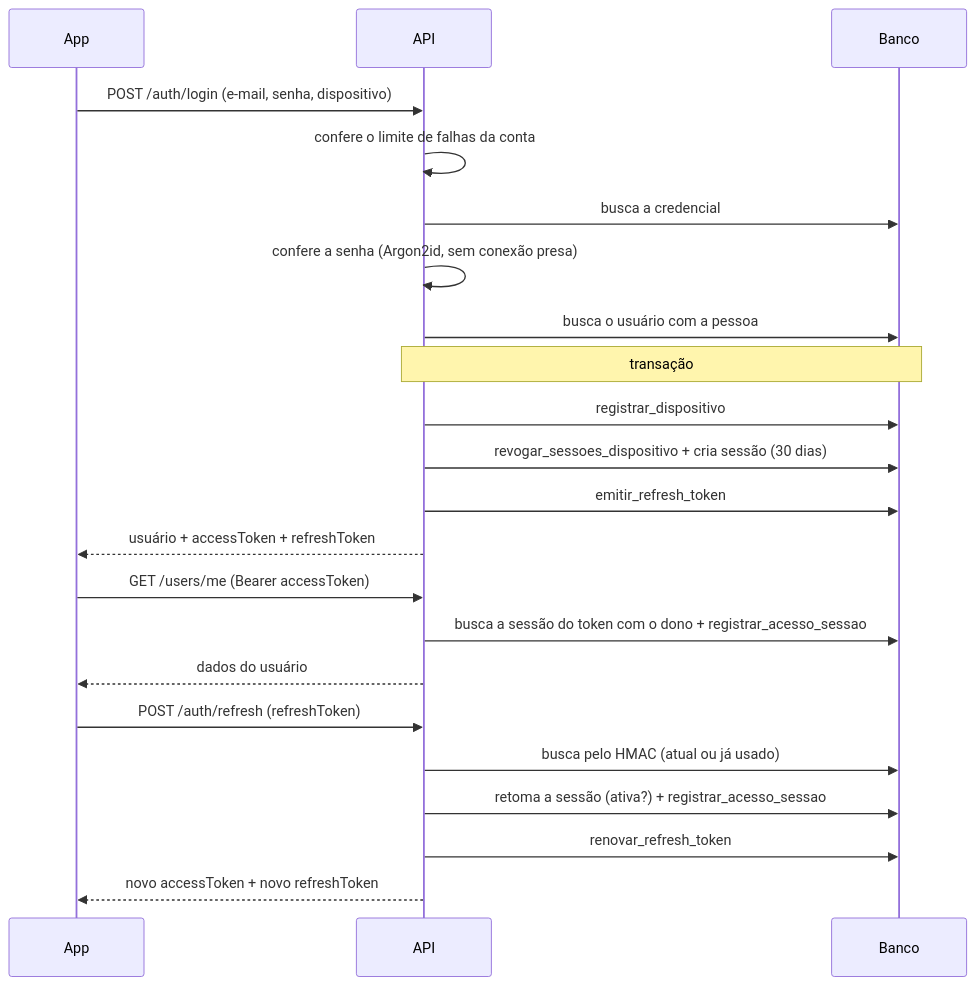
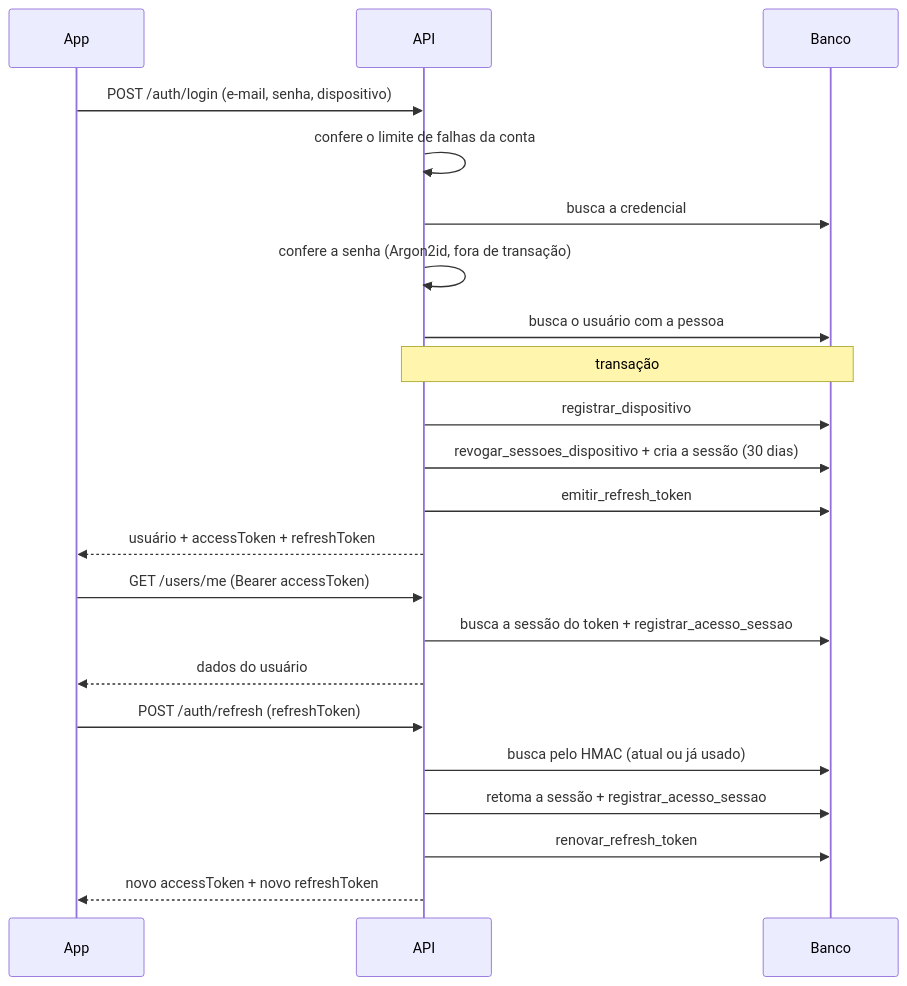
The diagram in README.md (joaobotoni/vsr), drawn with Mermaid before and after one commit. The commit also changed other lines of this file and 91 other files, not shown here.

````diff
--- a/README.md
+++ b/README.md
@@ -181,27 +174,27 @@
 ```mermaid
 sequenceDiagram
     participant App
     participant API
     participant Banco
 
     App->>API: POST /auth/login (e-mail, senha, dispositivo)
     API->>API: confere o limite de falhas da conta
     API->>Banco: busca a credencial
-    API->>API: confere a senha (Argon2id, sem conexão presa)
+    API->>API: confere a senha (Argon2id, fora de transação)
     API->>Banco: busca o usuário com a pessoa
     Note over API,Banco: transação
     API->>Banco: registrar_dispositivo
-    API->>Banco: revogar_sessoes_dispositivo + cria sessão (30 dias)
+    API->>Banco: revogar_sessoes_dispositivo + cria a sessão (30 dias)
     API->>Banco: emitir_refresh_token
     API-->>App: usuário + accessToken + refreshToken
 
     App->>API: GET /users/me (Bearer accessToken)
-    API->>Banco: busca a sessão do token com o dono + registrar_acesso_sessao
+    API->>Banco: busca a sessão do token + registrar_acesso_sessao
     API-->>App: dados do usuário
 
     App->>API: POST /auth/refresh (refreshToken)
     API->>Banco: busca pelo HMAC (atual ou já usado)
-    API->>Banco: retoma a sessão (ativa?) + registrar_acesso_sessao
+    API->>Banco: retoma a sessão + registrar_acesso_sessao
     API->>Banco: renovar_refresh_token
     API-->>App: novo accessToken + novo refreshToken
 ```
````
